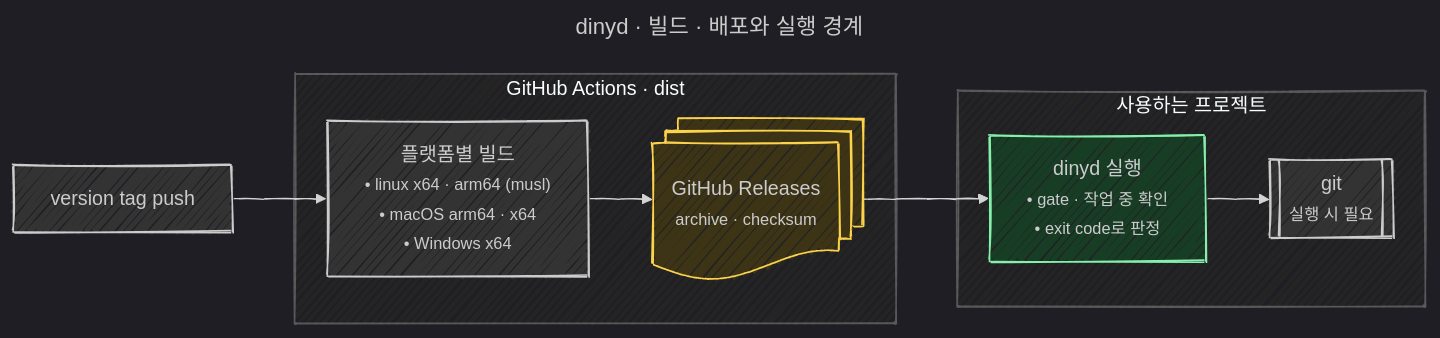
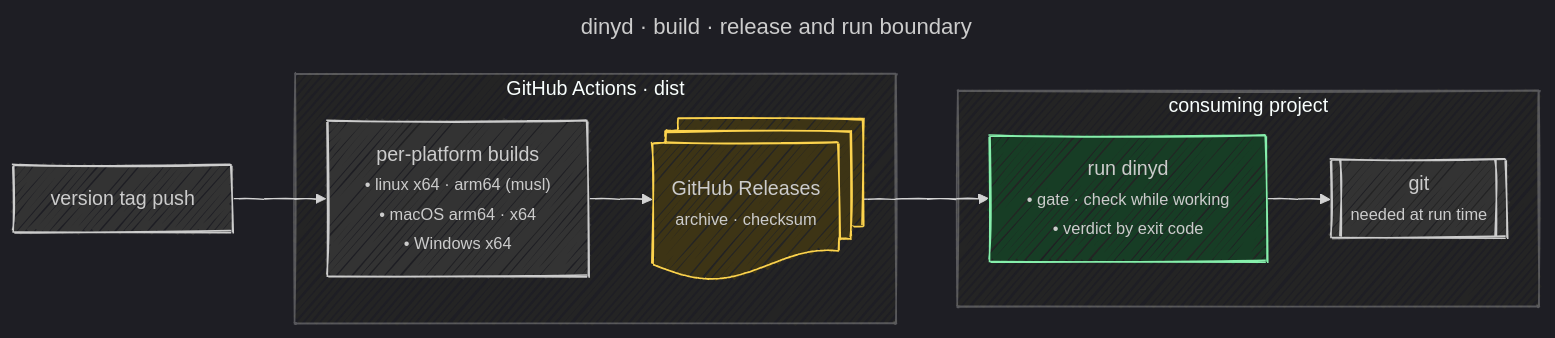
One commit to undervoke/dinyd changed the diagram in blueprint/distribution.mermaid. Above: the diagram before and after it, drawn with Mermaid. The commit also changed 4 other files, not shown here.

```diff
--- a/blueprint/distribution.mermaid
+++ b/blueprint/distribution.mermaid
@@ -1,38 +1,38 @@
 ---
-title: dinyd · 빌드 · 배포와 실행 경계
+title: dinyd · build · release and run boundary
 config:
   look: handDrawn
   handDrawnSeed: 5
   theme: dark
   themeVariables:
     mainBkg: "#333333"
     clusterBkg: "#242424"
   themeCSS: |
     small { display: inline-block; text-align: left; }
   flowchart:
     wrappingWidth: 300
 ---
-%% Behavior authority: 이 다이어그램.
-%% Rust로 구현한다. rust-toolchain.toml로 compiler를 고정하고 rust-version을 같은 값으로 둔다. Cargo.lock을 commit한다. MIT · Apache-2.0 dual license.
-%% grammar는 외부 tree-sitter crate를 쓰고 Cargo.lock으로 고정한다.
-%% CI는 linux · macOS · Windows에서 build와 test만 돌린다.
-%% 사용하는 프로젝트는 바이너리를 subprocess로 실행한다. dinyd는 호출한 쪽의 파일 목록을 받지 않고 선택한 판정 기준(index · commit · working tree)의 문서·대상을 직접 읽으므로, 다른 gate 도구(ytif 등)의 파일 범위나 diff 필터에 영향받지 않는다. 연결 방식은 사용하는 프로젝트가 정한다.
+%% Behavior authority: this diagram.
+%% Implemented in Rust. rust-toolchain.toml pins the compiler, and rust-version holds the same value. Cargo.lock is committed. MIT · Apache-2.0 dual license.
+%% Grammars come from external tree-sitter crates, pinned by Cargo.lock.
+%% CI runs only build and test, on linux · macOS · Windows.
+%% The consuming project runs the binary as a subprocess. dinyd takes no file list from its caller and reads documents · targets directly from the chosen basis (index · commit · working tree), so other gate tools' (ytif, etc.) file scopes or diff filters do not affect it. The consuming project decides how to wire it.
 flowchart LR
   Tag["version tag push"]
   subgraph Build["GitHub Actions · dist"]
-    Matrix["플랫폼별 빌드<br/><small>• linux x64 · arm64 (musl)<br/>• macOS arm64 · x64<br/>• Windows x64</small>"]
+    Matrix["per-platform builds<br/><small>• linux x64 · arm64 (musl)<br/>• macOS arm64 · x64<br/>• Windows x64</small>"]
     Release@{ shape: docs, label: "GitHub Releases<br/><small>archive · checksum</small>" }
     Matrix --> Release
   end
-  subgraph Consumer["사용하는 프로젝트"]
-    Invoke["dinyd 실행<br/><small>• gate · 작업 중 확인<br/>• exit code로 판정</small>"]
-    GitBin@{ shape: fr-rect, label: "git<br/><small>실행 시 필요</small>" }
+  subgraph Consumer["consuming project"]
+    Invoke["run dinyd<br/><small>• gate · check while working<br/>• verdict by exit code</small>"]
+    GitBin@{ shape: fr-rect, label: "git<br/><small>needed at run time</small>" }
     Invoke --> GitBin
   end
   Tag --> Matrix
   Release --> Invoke
 
   classDef em fill:#173d25,stroke:#86efac
   classDef file fill:#3d3415,stroke:#fcd34d
   class Invoke em
   class Release file
```
